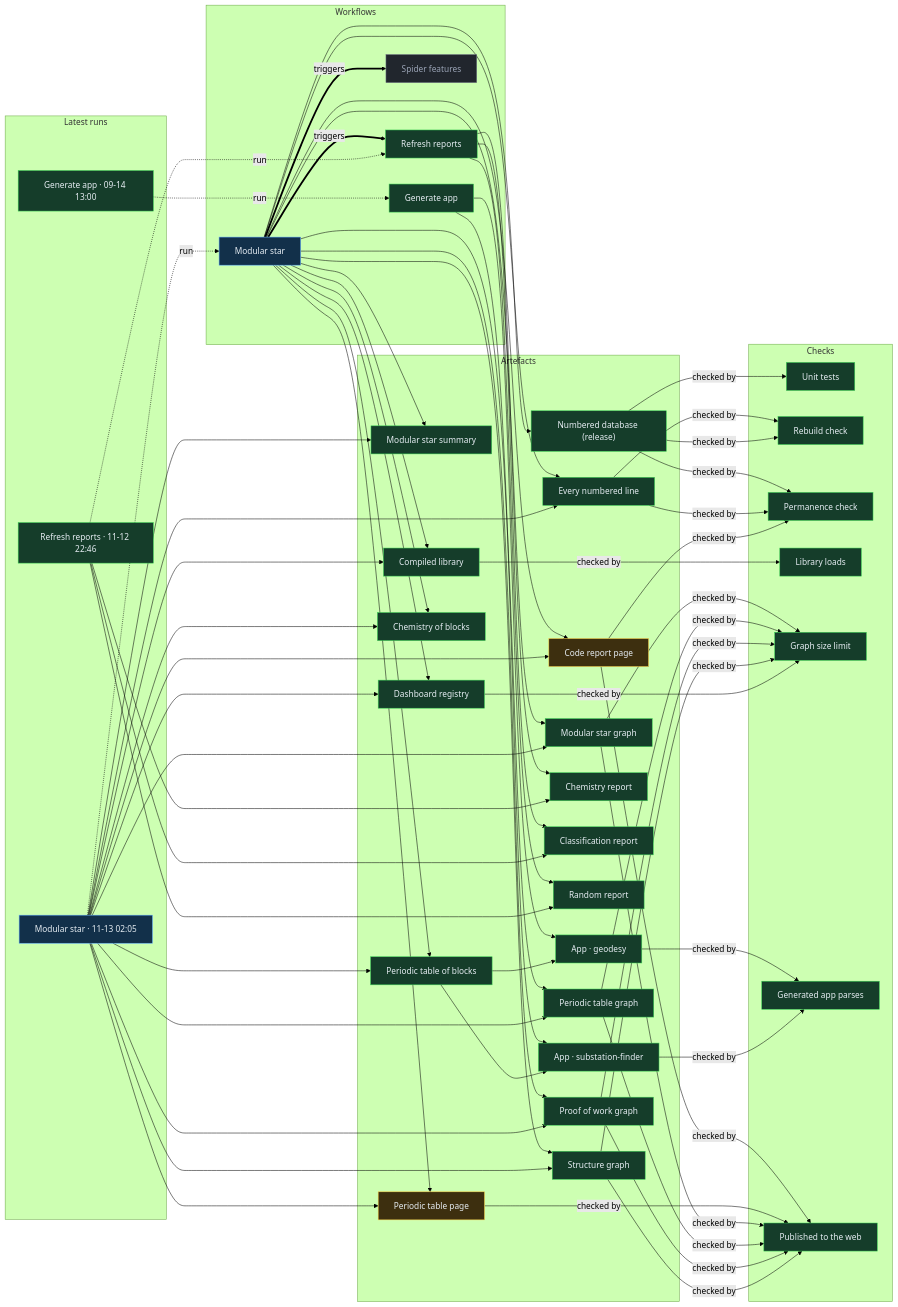
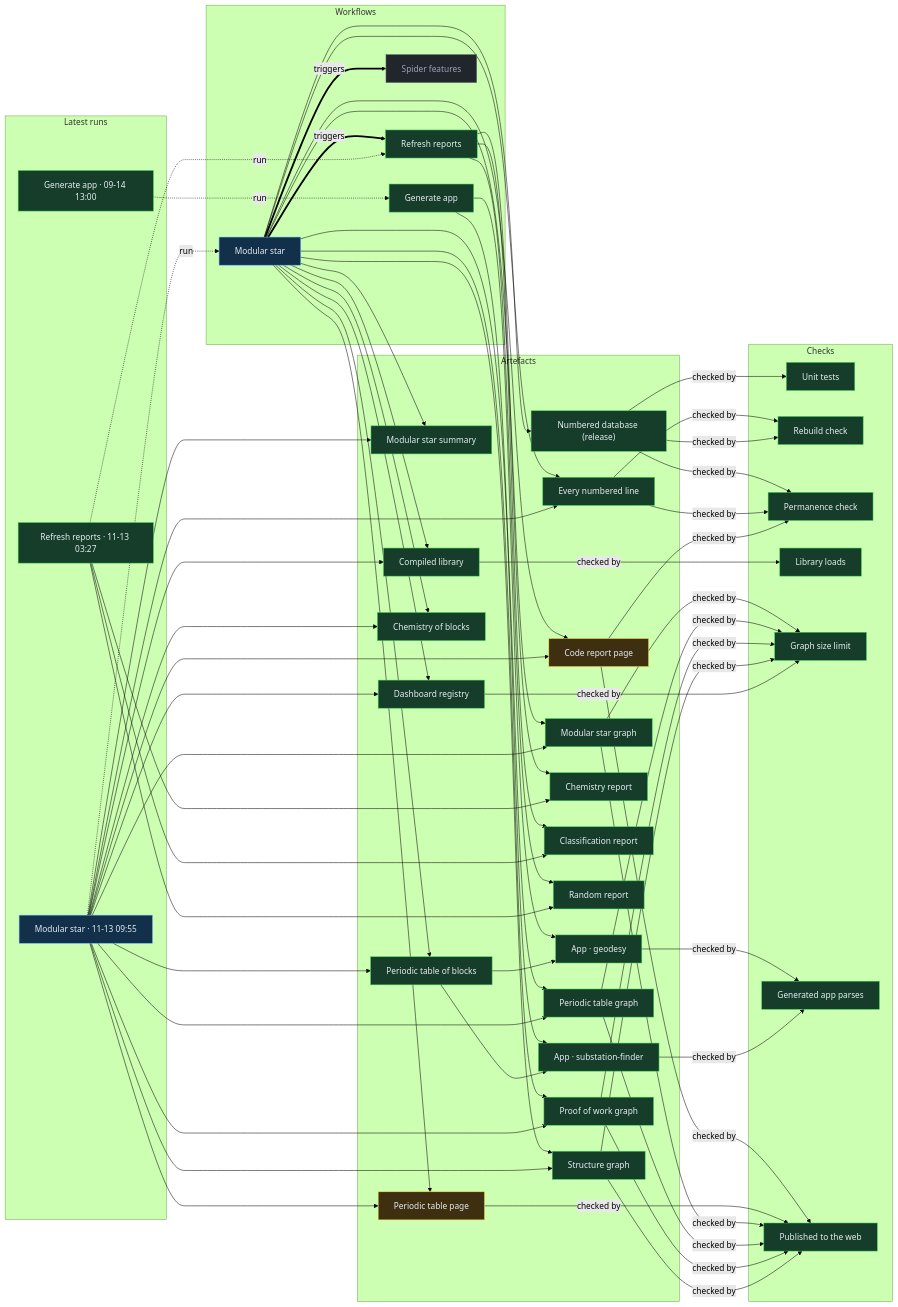
One commit to Ventusltd/stars changed the diagram in proof/PROOF.md. Above: the diagram before and after it, drawn with Mermaid (forest theme). The commit also changed other lines of this file and 50 other files, not shown here.

Commit message:
Modular star 2026-11-13T09:58Z

```diff
--- a/proof/PROOF.md
+++ b/proof/PROOF.md
@@ -24,8 +24,8 @@
   n_wf_spider_features["Spider features"]:::off
   end
   subgraph g_runs["Latest runs"]
-  n_run_43349657281["Modular star · 11-13 02:05"]:::live
-  n_run_43323022490["Refresh reports · 11-12 22:46"]:::ok
+  n_run_43405194967["Modular star · 11-13 09:55"]:::live
+  n_run_43359083917["Refresh reports · 11-13 03:27"]:::ok
   n_run_34846587798["Generate app · 09-14 13:00"]:::ok
   end
   subgraph g_artefacts["Artefacts"]
@@ -59,39 +59,39 @@
   end
   n_wf_modular_star == triggers ==> n_wf_refresh
   n_wf_modular_star == triggers ==> n_wf_spider_features
-  n_run_43349657281 -. run .-> n_wf_modular_star
-  n_run_43323022490 -. run .-> n_wf_refresh
+  n_run_43405194967 -. run .-> n_wf_modular_star
+  n_run_43359083917 -. run .-> n_wf_refresh
   n_run_34846587798 -. run .-> n_wf_generate
   n_wf_modular_star --> n_art_summary
-  n_run_43349657281 --> n_art_summary
+  n_run_43405194967 --> n_art_summary
   n_wf_modular_star --> n_art_lines
-  n_run_43349657281 --> n_art_lines
+  n_run_43405194967 --> n_art_lines
   n_wf_modular_star --> n_art_code
-  n_run_43349657281 --> n_art_code
+  n_run_43405194967 --> n_art_code
   n_wf_modular_star --> n_art_modular_graph
-  n_run_43349657281 --> n_art_modular_graph
+  n_run_43405194967 --> n_art_modular_graph
   n_wf_modular_star --> n_art_blocks
-  n_run_43349657281 --> n_art_blocks
+  n_run_43405194967 --> n_art_blocks
   n_wf_modular_star --> n_art_table
-  n_run_43349657281 --> n_art_table
+  n_run_43405194967 --> n_art_table
   n_wf_modular_star --> n_art_blocks_graph
-  n_run_43349657281 --> n_art_blocks_graph
+  n_run_43405194967 --> n_art_blocks_graph
   n_wf_modular_star --> n_art_reactions
-  n_run_43349657281 --> n_art_reactions
+  n_run_43405194967 --> n_art_reactions
   n_wf_modular_star --> n_art_library
-  n_run_43349657281 --> n_art_library
+  n_run_43405194967 --> n_art_library
   n_wf_modular_star --> n_art_features
-  n_run_43349657281 --> n_art_features
+  n_run_43405194967 --> n_art_features
   n_wf_modular_star --> n_art_proof
-  n_run_43349657281 --> n_art_proof
+  n_run_43405194967 --> n_art_proof
   n_wf_modular_star --> n_art_structure
-  n_run_43349657281 --> n_art_structure
+  n_run_43405194967 --> n_art_structure
   n_wf_refresh --> n_art_chemistry
-  n_run_43323022490 --> n_art_chemistry
+  n_run_43359083917 --> n_art_chemistry
   n_wf_refresh --> n_art_vedic
-  n_run_43323022490 --> n_art_vedic
+  n_run_43359083917 --> n_art_vedic
   n_wf_refresh --> n_art_random
-  n_run_43323022490 --> n_art_random
+  n_run_43359083917 --> n_art_random
   n_wf_modular_star --> n_art_release
   n_wf_generate --> n_app_geodesy
   n_art_blocks --> n_app_geodesy
```
